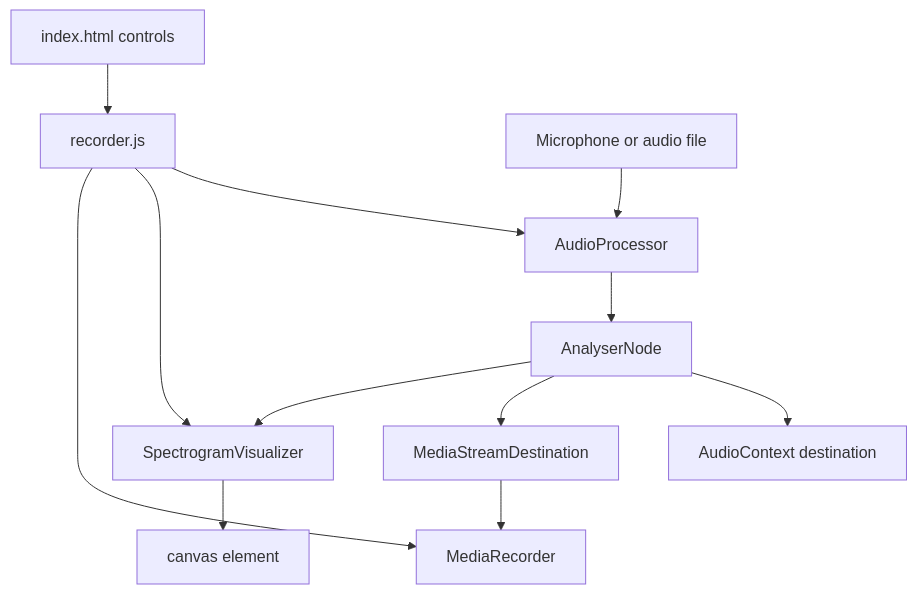
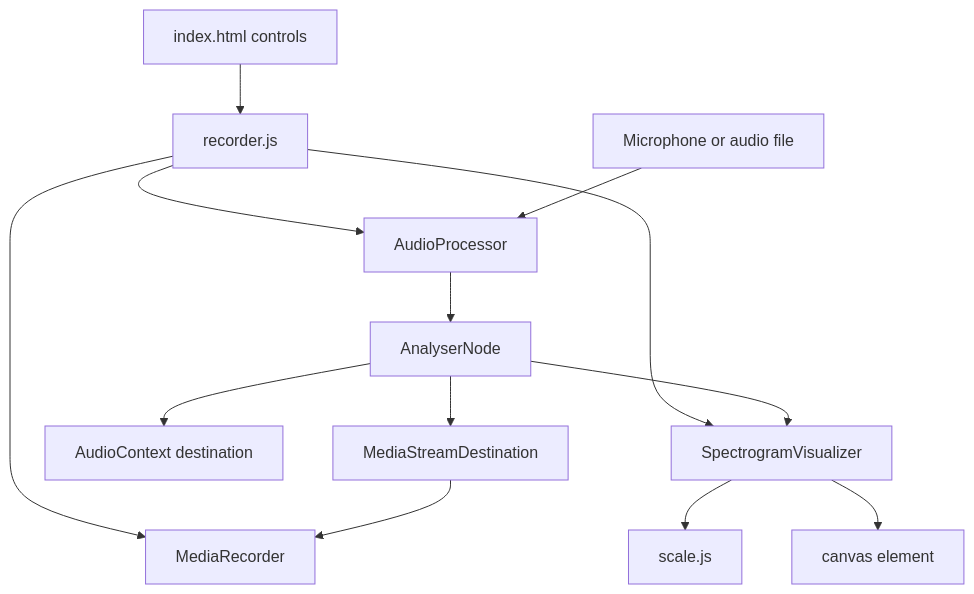
One commit to Facelessism/cradle changed the diagram in projects/misc/audio-spectrogram-analyzer/ARCHITECTURE.md. Above: the diagram before and after it, drawn with Mermaid. The commit also changed other lines of this file and 7 other files, not shown here.

````diff
--- a/projects/misc/audio-spectrogram-analyzer/ARCHITECTURE.md
+++ b/projects/misc/audio-spectrogram-analyzer/ARCHITECTURE.md
@@ -34,14 +38,15 @@
 ```mermaid
 graph TD
     UI[index.html controls] --> Bootstrap[recorder.js]
     Bootstrap --> Processor[AudioProcessor]
     Bootstrap --> Visualizer[SpectrogramVisualizer]
     Bootstrap --> Recorder[MediaRecorder]
+    Visualizer --> Scale[scale.js]
     Source[Microphone or audio file] --> Processor
     Processor --> Analyser[AnalyserNode]
     Analyser --> Speakers[AudioContext destination]
     Analyser --> Stream[MediaStreamDestination]
     Stream --> Recorder
     Analyser --> Visualizer
     Visualizer --> Canvas[canvas element]
 ```
````
